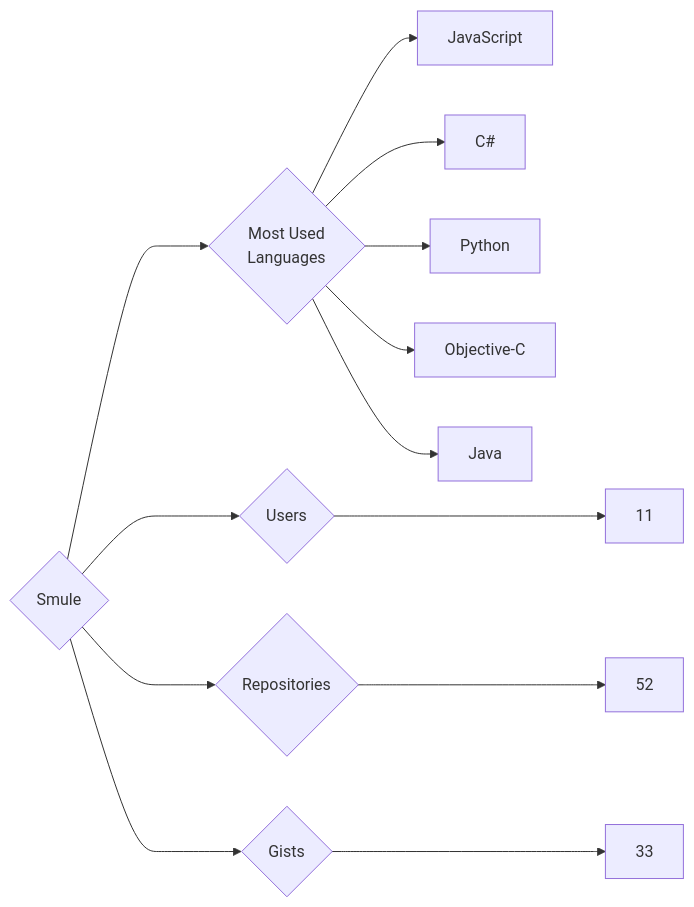
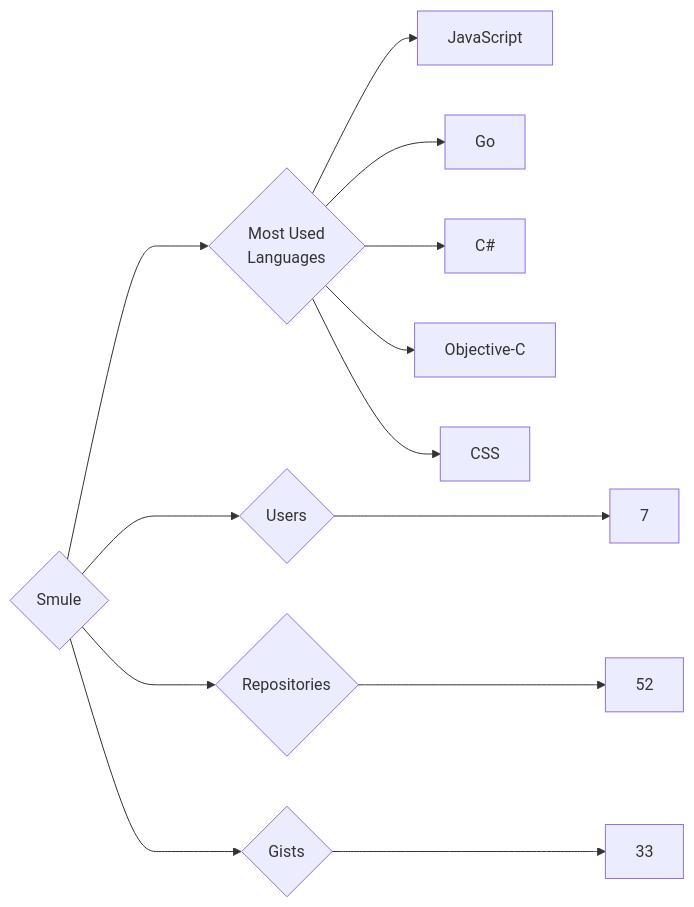
Before and after one commit to trickest/insiders: the diagram in targets/Smule/README.md, drawn with Mermaid. The commit also changed 725 other files, not shown here.

````diff
--- a/targets/Smule/README.md
+++ b/targets/Smule/README.md
@@ -3,13 +3,13 @@
 ```mermaid
 graph LR
 COMPANY_NAME{Smule}
-COMPANY_NAME ---> U{Users} ---> UN[11]
+COMPANY_NAME ---> U{Users} ---> UN[7]
 COMPANY_NAME ---> R{Repositories} ---> RN[52]
 COMPANY_NAME ---> G{Gists} ---> GN[33]
 COMPANY_NAME ---> ML{Most Used<br>Languages}
 ML --> JavaScript[JavaScript]
+ML --> Go[Go]
 ML --> C#[C#]
-ML --> Python[Python]
 ML --> Objective-C[Objective-C]
-ML --> Java[Java]
+ML --> CSS[CSS]
 ```
````
